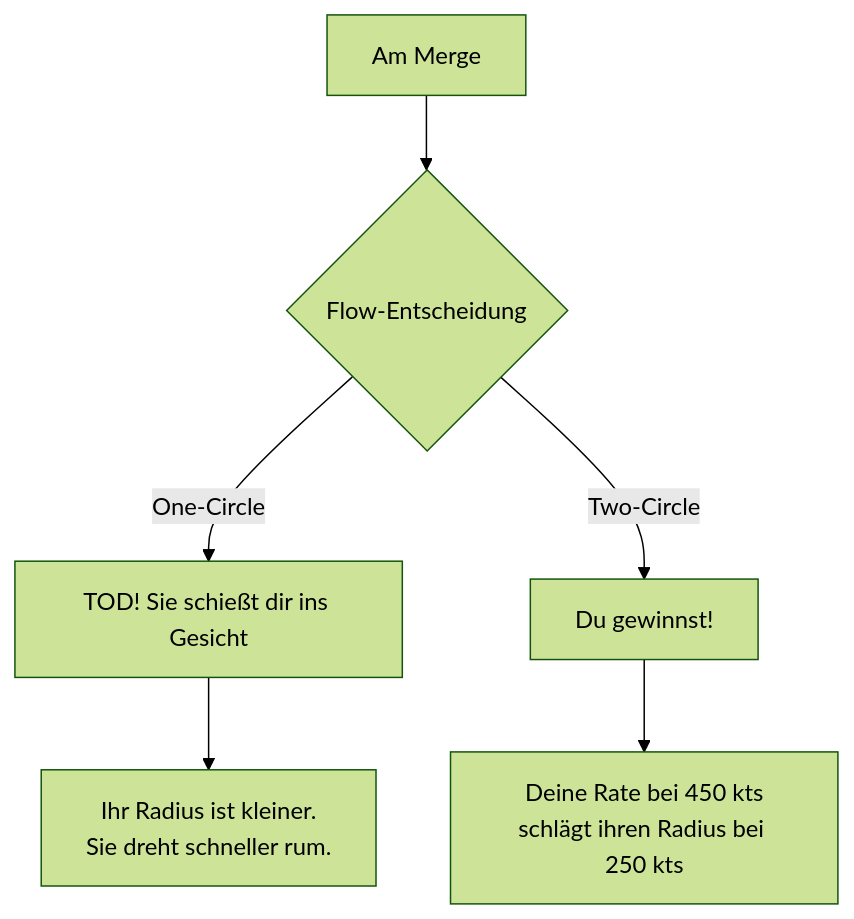
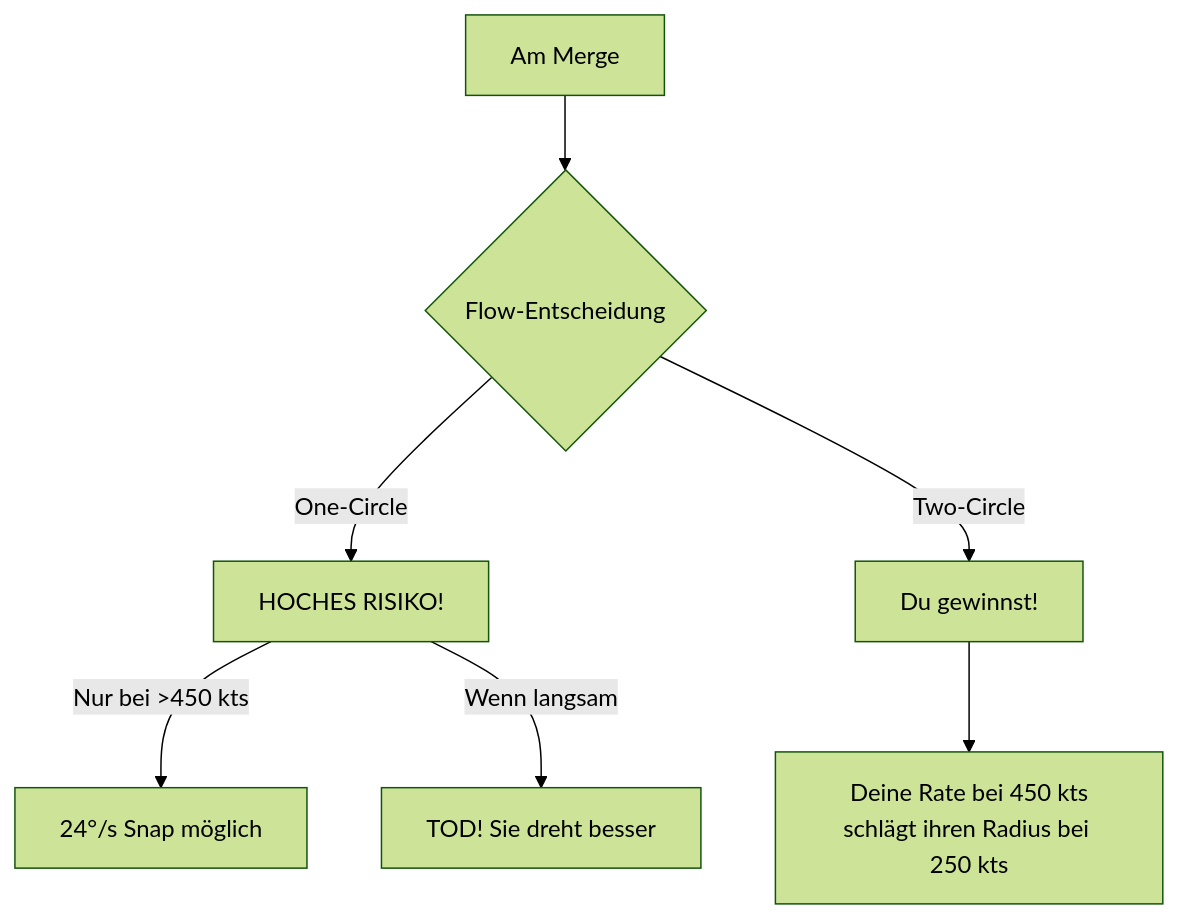
Before and after one commit to lukaio3D/VFM_Wiki: the second of 6 diagrams in docs/taktiken/t15/vs-t18.md, drawn with Mermaid (forest theme). The commit also changed other lines of this file and 13 other files, not shown here.

````diff
--- a/docs/taktiken/t15/vs-t18.md
+++ b/docs/taktiken/t15/vs-t18.md
@@ -54,10 +53,11 @@
 ```mermaid
 flowchart TD
     MERGE[Am Merge] --> CHOICE{Flow-Entscheidung}
 
-    CHOICE -->|One-Circle| DEAD[TOD! Sie schießt dir ins Gesicht]
+    CHOICE -->|One-Circle| RISK[HOCHES RISIKO!]
     CHOICE -->|Two-Circle| WIN[Du gewinnst!]
 
-    DEAD --> EXPLANATION["Ihr Radius ist kleiner.<br/>Sie dreht schneller rum."]
+    RISK --> |"Nur bei >450 kts"| SNAP[24°/s Snap möglich]
+    RISK --> |"Wenn langsam"| DEAD[TOD! Sie dreht besser]
     WIN --> EXPLANATION2["Deine Rate bei 450 kts<br/>schlägt ihren Radius bei 250 kts"]
 ```
````
